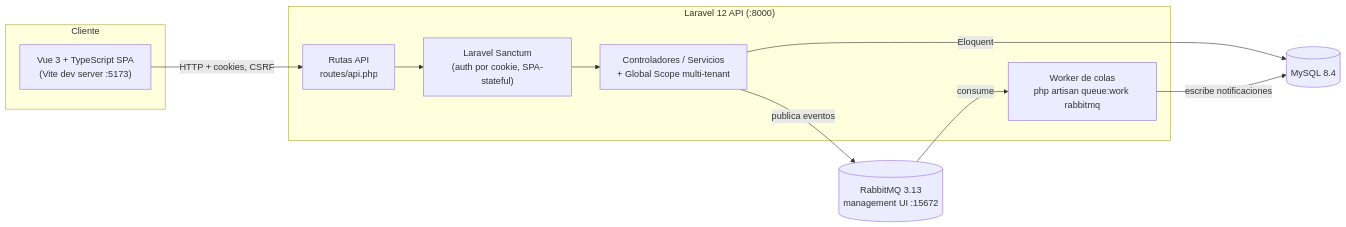
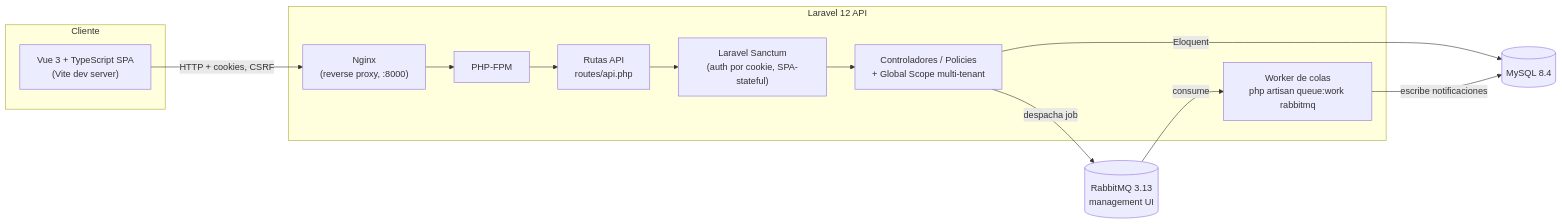
Before and after one commit to alopez1981/Sass-Platform-Delivery-Lab: the diagram in docs/architecture.md, drawn with Mermaid. The commit also changed other lines of this file and 78 other files, not shown here.

````diff
--- a/docs/architecture.md
+++ b/docs/architecture.md
@@ -7,23 +7,25 @@
 ```mermaid
 flowchart LR
     subgraph Cliente
-        SPA["Vue 3 + TypeScript SPA<br/>(Vite dev server :5173)"]
+        SPA["Vue 3 + TypeScript SPA<br/>(Vite dev server)"]
     end
 
-    subgraph Backend["Laravel 12 API (:8000)"]
+    subgraph Backend["Laravel 12 API"]
+        Nginx["Nginx<br/>(reverse proxy, :8000)"]
+        FPM["PHP-FPM"]
         API["Rutas API<br/>routes/api.php"]
         Sanctum["Laravel Sanctum<br/>(auth por cookie, SPA-stateful)"]
-        App["Controladores / Servicios<br/>+ Global Scope multi-tenant"]
+        App["Controladores / Policies<br/>+ Global Scope multi-tenant"]
         Worker["Worker de colas<br/>php artisan queue:work rabbitmq"]
     end
 
     MySQL[(MySQL 8.4)]
-    RabbitMQ[(RabbitMQ 3.13<br/>management UI :15672)]
+    RabbitMQ[(RabbitMQ 3.13<br/>management UI)]
 
-    SPA -- "HTTP + cookies, CSRF" --> API
-    API --> Sanctum --> App
+    SPA -- "HTTP + cookies, CSRF" --> Nginx --> FPM
+    FPM --> API --> Sanctum --> App
     App -- "Eloquent" --> MySQL
-    App -- "publica eventos" --> RabbitMQ
+    App -- "despacha job" --> RabbitMQ
     RabbitMQ -- "consume" --> Worker
     Worker -- "escribe notificaciones" --> MySQL
 ```
````
